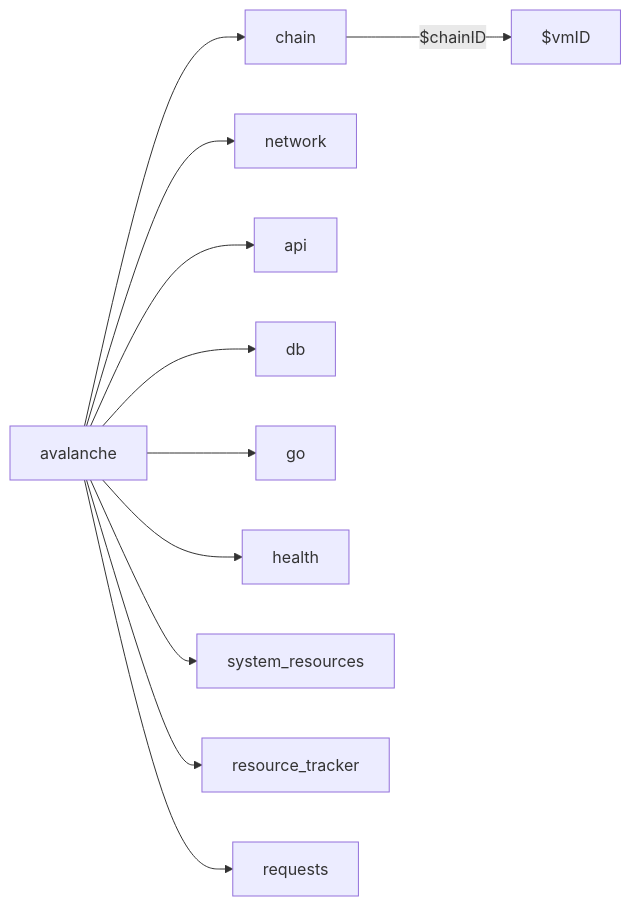
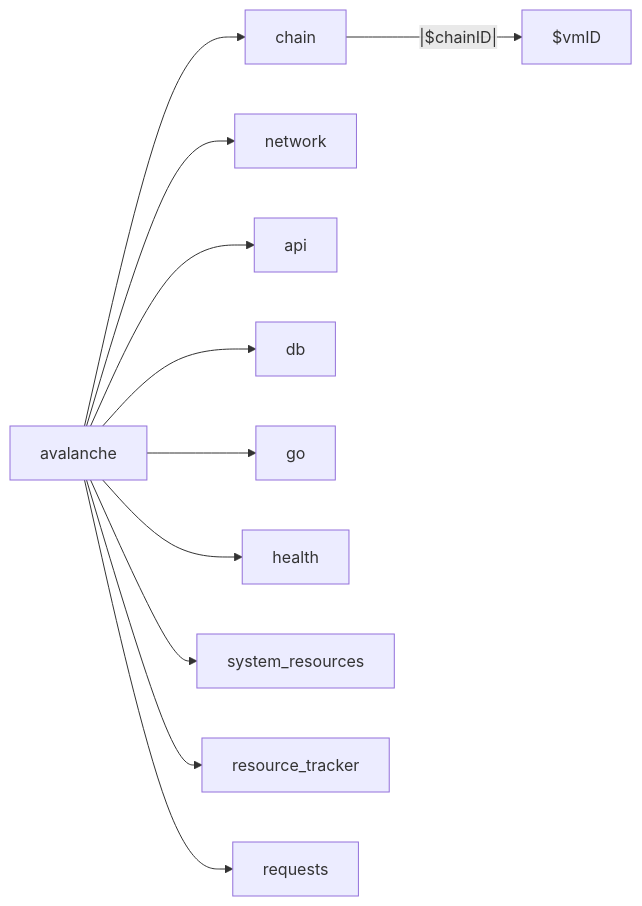
The diagram in api/metrics/README.md (ava-labs/avalanchego), drawn with Mermaid before and after one commit.

````diff
--- a/api/metrics/README.md
+++ b/api/metrics/README.md
@@ -3,13 +3,13 @@
 ```mermaid
 graph LR
     A[avalanche] --> B[chain]
     A --> C[network]
     A --> D[api]
     A --> E[db]
     A --> F[go]
     A --> G[health]
     A --> H[system_resources]
     A --> I[resource_tracker]
     A --> J[requests]
-    B --> |$chainID|K[$vmID]
+    B -- |$chainID| --> K[$vmID]
 ```
````
